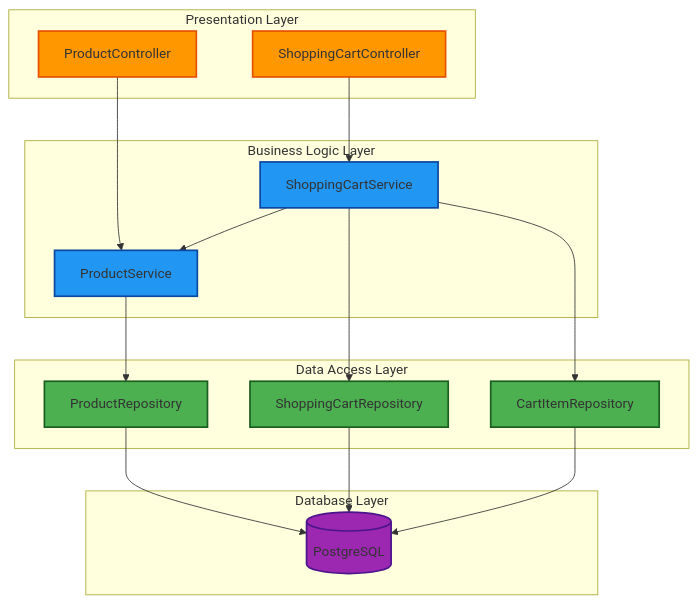
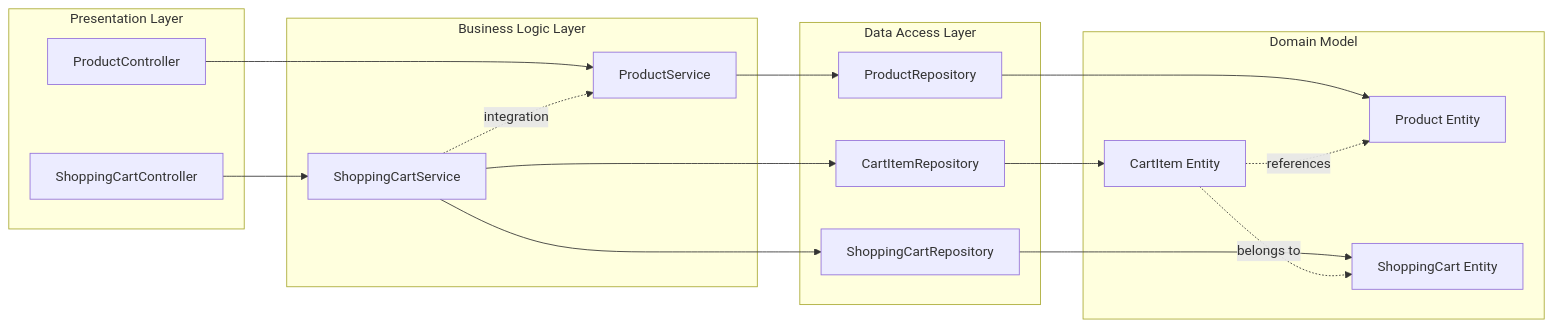
Before and after one commit to NavneetBN47/aava-ecom-demo: the second of 18 diagrams in docs/LLD/modified_lld.md, drawn with Mermaid. The commit also changed other lines of this file, not shown here.

````diff
--- a/docs/LLD/modified_lld.md
+++ b/docs/LLD/modified_lld.md
@@ -97,41 +161,38 @@
 ```mermaid
-graph TB
+graph LR
     subgraph "Presentation Layer"
         PC[ProductController]
         SCC[ShoppingCartController]
     end
     
     subgraph "Business Logic Layer"
         PS[ProductService]
         SCS[ShoppingCartService]
     end
     
     subgraph "Data Access Layer"
         PR[ProductRepository]
         SCR[ShoppingCartRepository]
         CIR[CartItemRepository]
     end
     
-    subgraph "Database Layer"
-        DB[(PostgreSQL)]
+    subgraph "Domain Model"
+        P[Product Entity]
+        SC[ShoppingCart Entity]
+        CI[CartItem Entity]
     end
     
     PC --> PS
     SCC --> SCS
     PS --> PR
     SCS --> SCR
     SCS --> CIR
-    SCS --> PS
-    PR --> DB
-    SCR --> DB
-    CIR --> DB
+    SCS -."integration".-> PS
     
-    style PC fill:#FF9800,stroke:#E65100,stroke-width:2px
-    style SCC fill:#FF9800,stroke:#E65100,stroke-width:2px
-    style PS fill:#2196F3,stroke:#0D47A1,stroke-width:2px
-    style SCS fill:#2196F3,stroke:#0D47A1,stroke-width:2px
-    style PR fill:#4CAF50,stroke:#1B5E20,stroke-width:2px
-    style SCR fill:#4CAF50,stroke:#1B5E20,stroke-width:2px
-    style CIR fill:#4CAF50,stroke:#1B5E20,stroke-width:2px
-    style DB fill:#9C27B0,stroke:#4A148C,stroke-width:2px
+    PR --> P
+    SCR --> SC
+    CIR --> CI
+    
+    CI -."references".-> P
+    CI -."belongs to".-> SC
 ```
````
